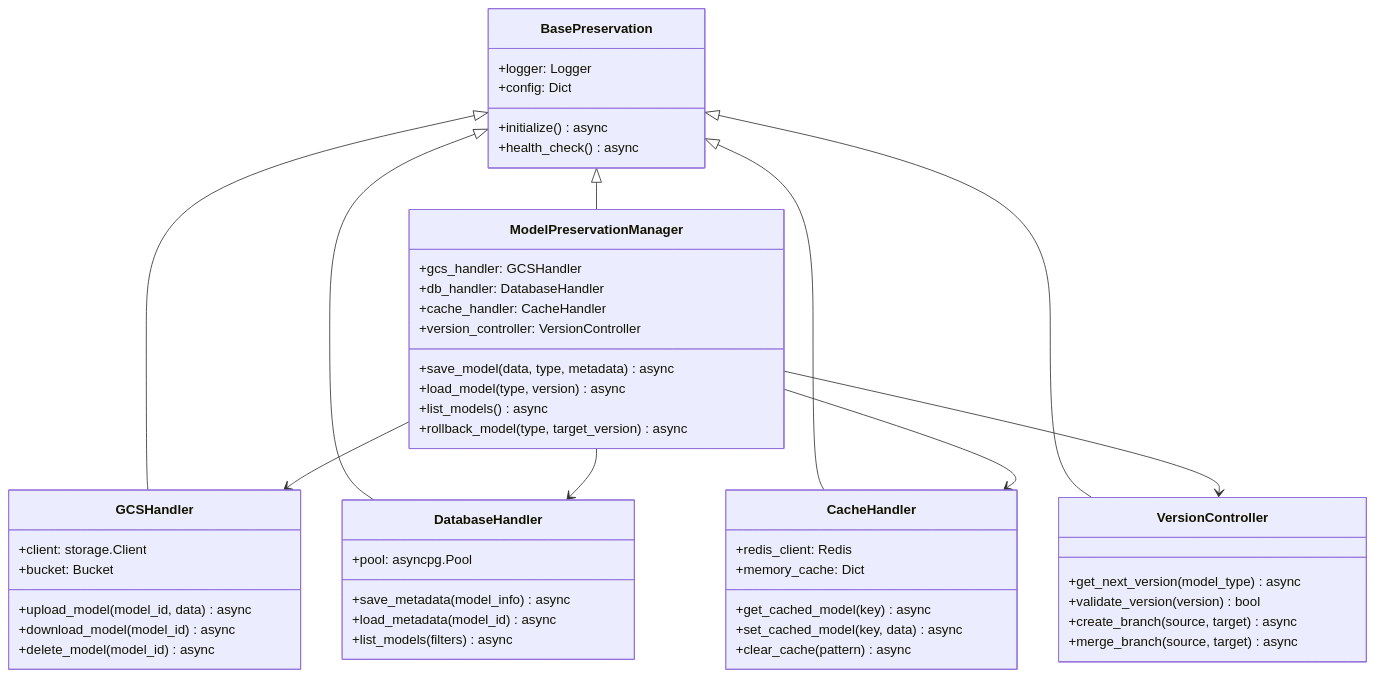
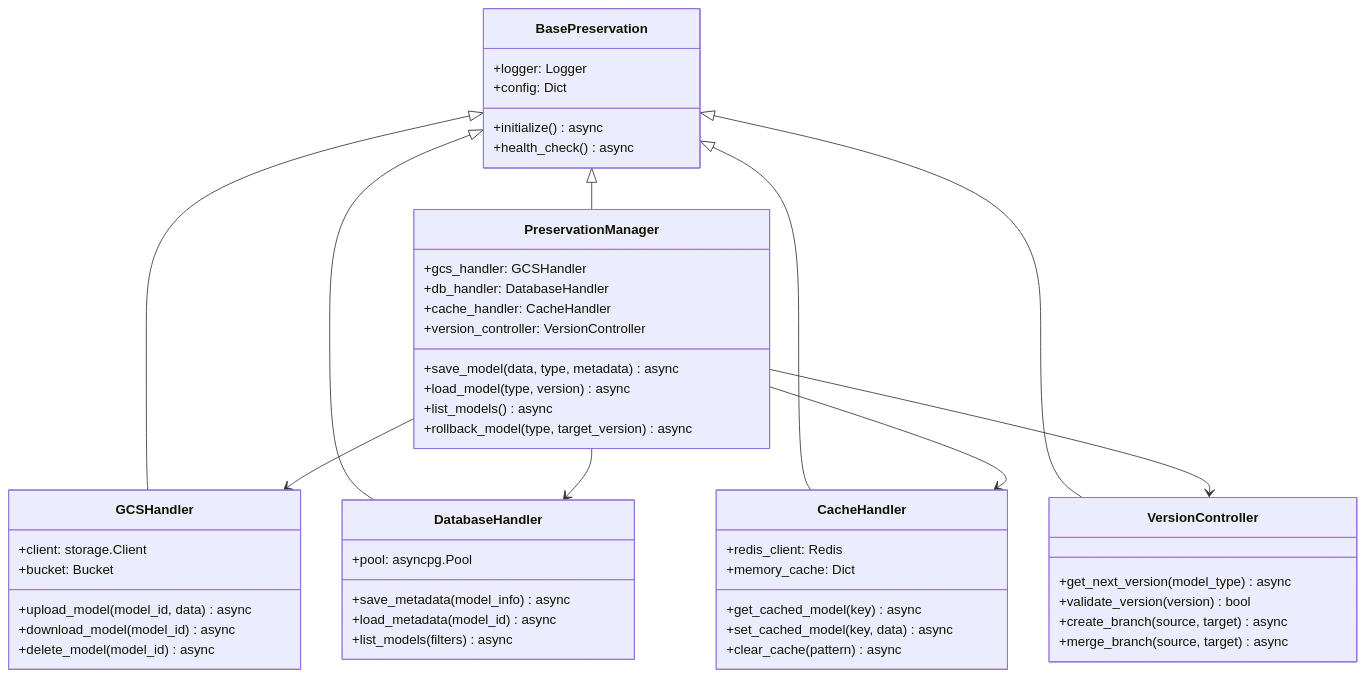
One commit to daniqan/shyvr-auto changed the third of 16 diagrams in docs/model_preservation/architecture.md. Above: the diagram before and after it, drawn with Mermaid. The commit also changed 4 other files, not shown here.

````diff
--- a/docs/model_preservation/architecture.md
+++ b/docs/model_preservation/architecture.md
@@ -119,61 +119,61 @@
 ```mermaid
 classDiagram
     class BasePreservation {
         +logger: Logger
         +config: Dict
         +initialize() async
         +health_check() async
     }
     
-    class ModelPreservationManager {
+    class PreservationManager {
         +gcs_handler: GCSHandler
         +db_handler: DatabaseHandler
         +cache_handler: CacheHandler
         +version_controller: VersionController
         +save_model(data, type, metadata) async
         +load_model(type, version) async
         +list_models() async
         +rollback_model(type, target_version) async
     }
     
     class GCSHandler {
         +client: storage.Client
         +bucket: Bucket
         +upload_model(model_id, data) async
         +download_model(model_id) async
         +delete_model(model_id) async
     }
     
     class DatabaseHandler {
         +pool: asyncpg.Pool
         +save_metadata(model_info) async
         +load_metadata(model_id) async
         +list_models(filters) async
     }
     
     class CacheHandler {
         +redis_client: Redis
         +memory_cache: Dict
         +get_cached_model(key) async
         +set_cached_model(key, data) async
         +clear_cache(pattern) async
     }
     
     class VersionController {
         +get_next_version(model_type) async
         +validate_version(version) bool
         +create_branch(source, target) async
         +merge_branch(source, target) async
     }
     
-    BasePreservation <|-- ModelPreservationManager
+    BasePreservation <|-- PreservationManager
     BasePreservation <|-- GCSHandler
     BasePreservation <|-- DatabaseHandler
     BasePreservation <|-- CacheHandler
     BasePreservation <|-- VersionController
     
-    ModelPreservationManager --> GCSHandler
-    ModelPreservationManager --> DatabaseHandler
-    ModelPreservationManager --> CacheHandler
-    ModelPreservationManager --> VersionController
+    PreservationManager --> GCSHandler
+    PreservationManager --> DatabaseHandler
+    PreservationManager --> CacheHandler
+    PreservationManager --> VersionController
 ```
````
